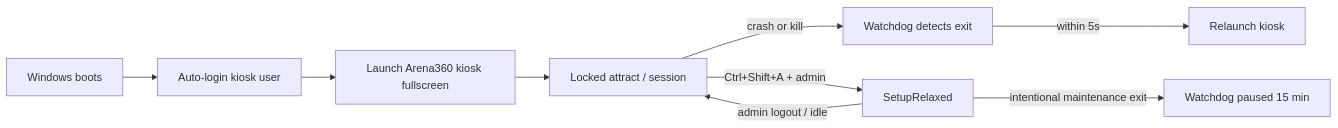
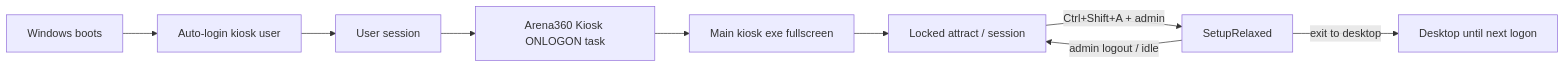
One commit to harishmahamure/arena360 changed the diagram in docs/KIOSK-WINDOWS-DEPLOYMENT.md. Above: the diagram before and after it, drawn with Mermaid. The commit also changed other lines of this file and 28 other files, not shown here.

````diff
--- a/docs/KIOSK-WINDOWS-DEPLOYMENT.md
+++ b/docs/KIOSK-WINDOWS-DEPLOYMENT.md
@@ -34,11 +32,11 @@
 ```mermaid
 flowchart LR
   boot[Windows boots] --> autologon[Auto-login kiosk user]
-  autologon --> launch[Launch Arena360 kiosk fullscreen]
+  autologon --> logon[User session]
+  logon --> task[Arena360 Kiosk ONLOGON task]
+  task --> launch[Main kiosk exe fullscreen]
   launch --> locked[Locked attract / session]
-  locked -->|crash or kill| watchdog[Watchdog detects exit]
-  watchdog -->|within 5s| relaunch[Relaunch kiosk]
   locked -->|Ctrl+Shift+A + admin| setup[SetupRelaxed]
   setup -->|admin logout / idle| locked
-  setup -->|intentional maintenance exit| pause[Watchdog paused 15 min]
+  setup -->|exit to desktop| desktop[Desktop until next logon]
 ```
````
